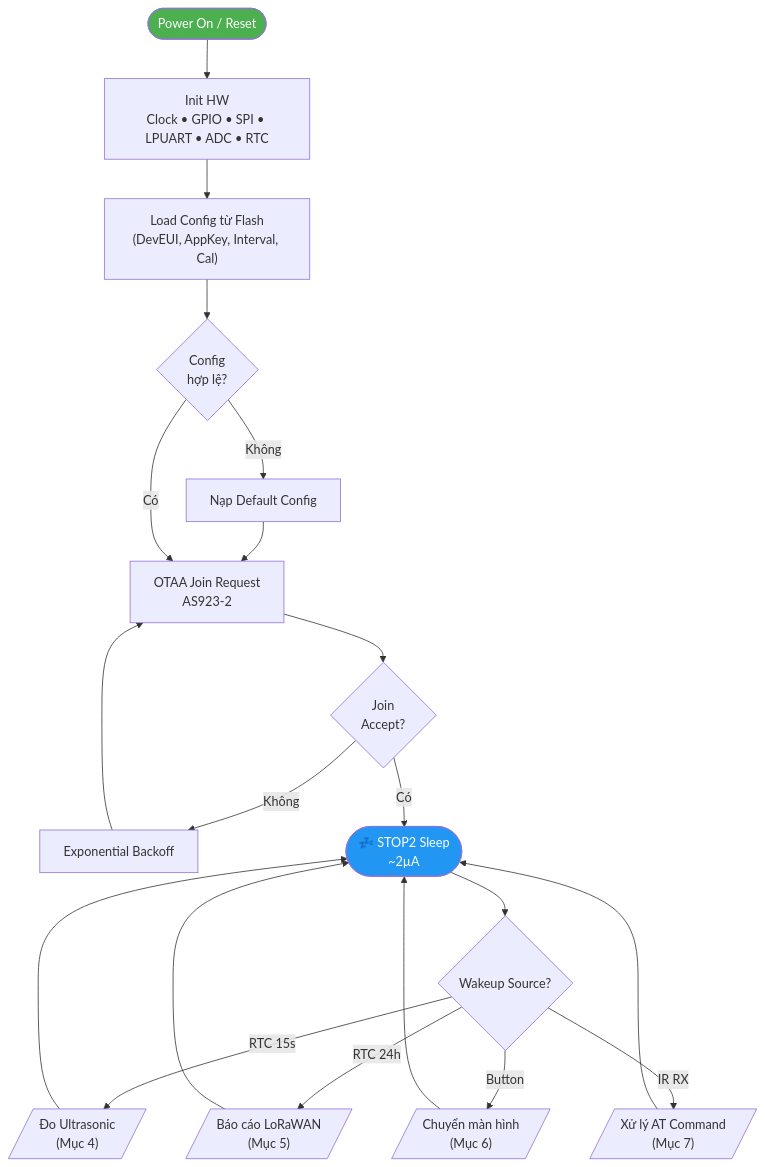
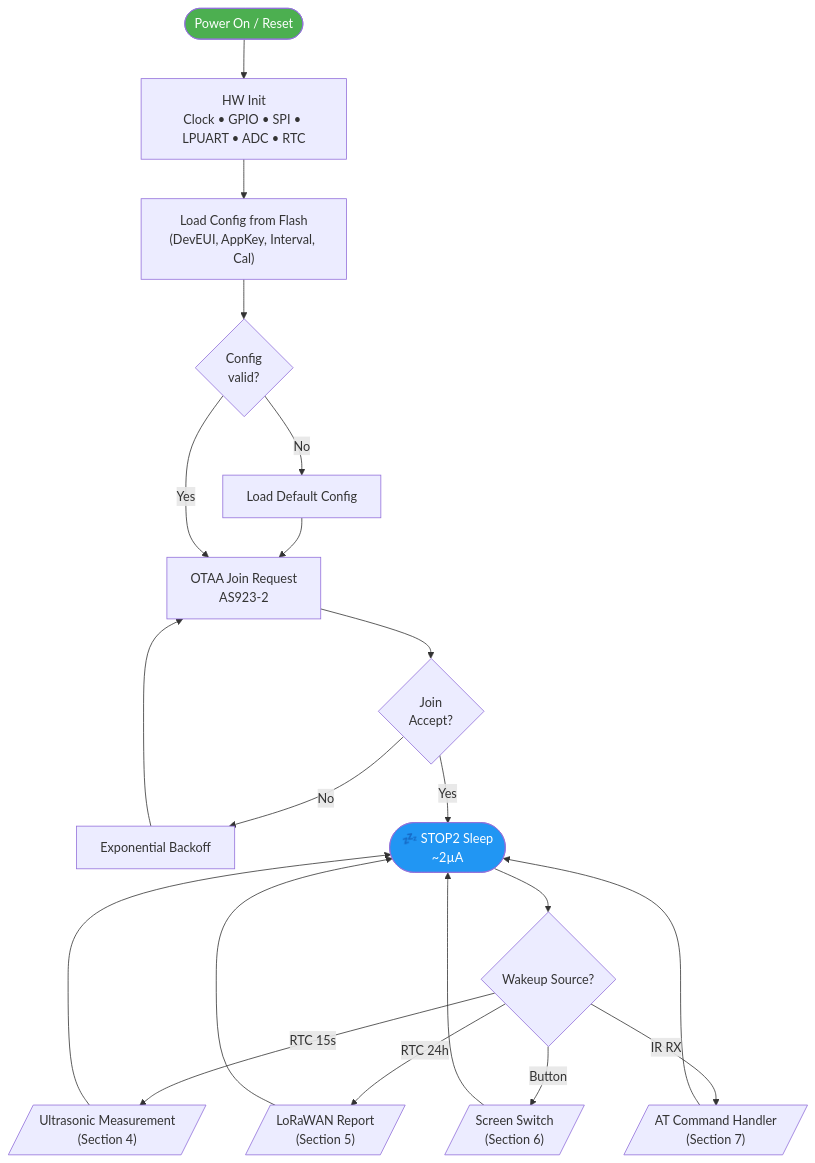
The third of 8 diagrams in documentation/DUT/Firmware_Flowchart_BlockDiagram.md (tuantran0707/WM), drawn with Mermaid before and after one commit. The commit also changed other lines of this file, not shown here.

````diff
--- a/documentation/DUT/Firmware_Flowchart_BlockDiagram.md
+++ b/documentation/DUT/Firmware_Flowchart_BlockDiagram.md
@@ -105,27 +113,29 @@
 ```mermaid
 flowchart TD
-    START([Power On / Reset]) --> INIT["Init HW<br/>Clock • GPIO • SPI • LPUART • ADC • RTC"]
-    INIT --> CFG["Load Config từ Flash<br/>(DevEUI, AppKey, Interval, Cal)"]
-    CFG --> VALID{Config<br/>hợp lệ?}
-    VALID -- Không --> DEF["Nạp Default Config"] --> JOIN
-    VALID -- Có --> JOIN
+    START([Power On / Reset]) --> INIT["HW Init<br/>Clock • GPIO • SPI • LPUART • ADC • RTC"]
+    INIT --> CFG["Load Config from Flash<br/>(DevEUI, AppKey, Interval, Cal)"]
+    CFG --> VALID{Config<br/>valid?}
+    VALID -- No --> DEF["Load Default Config"]
+    DEF --> JOIN
+    VALID -- Yes --> JOIN
 
     JOIN["OTAA Join Request<br/>AS923-2"] --> JOK{Join<br/>Accept?}
-    JOK -- Không --> BACK["Exponential Backoff"] --> JOIN
-    JOK -- Có --> IDLE
+    JOK -- No --> BACK["Exponential Backoff"]
+    BACK --> JOIN
+    JOK -- Yes --> IDLE
 
     IDLE(["💤 STOP2 Sleep<br/>~2µA"]) --> WK{Wakeup Source?}
 
-    WK -- "RTC 15s" --> MEAS[/"Đo Ultrasonic<br/>(Mục 4)"/]
-    WK -- "RTC 24h" --> RPT[/"Báo cáo LoRaWAN<br/>(Mục 5)"/]
-    WK -- "Button" --> SCR[/"Chuyển màn hình<br/>(Mục 6)"/]
-    WK -- "IR RX" --> IRC[/"Xử lý AT Command<br/>(Mục 7)"/]
+    WK -- "RTC 15s" --> MEAS[/"Ultrasonic Measurement<br/>(Section 4)"/]
+    WK -- "RTC 24h" --> RPT[/"LoRaWAN Report<br/>(Section 5)"/]
+    WK -- "Button" --> SCR[/"Screen Switch<br/>(Section 6)"/]
+    WK -- "IR RX" --> IRC[/"AT Command Handler<br/>(Section 7)"/]
 
     MEAS --> IDLE
     RPT --> IDLE
     SCR --> IDLE
     IRC --> IDLE
 
     style START fill:#4CAF50,color:#fff
     style IDLE fill:#2196F3,color:#fff
 ```
````
